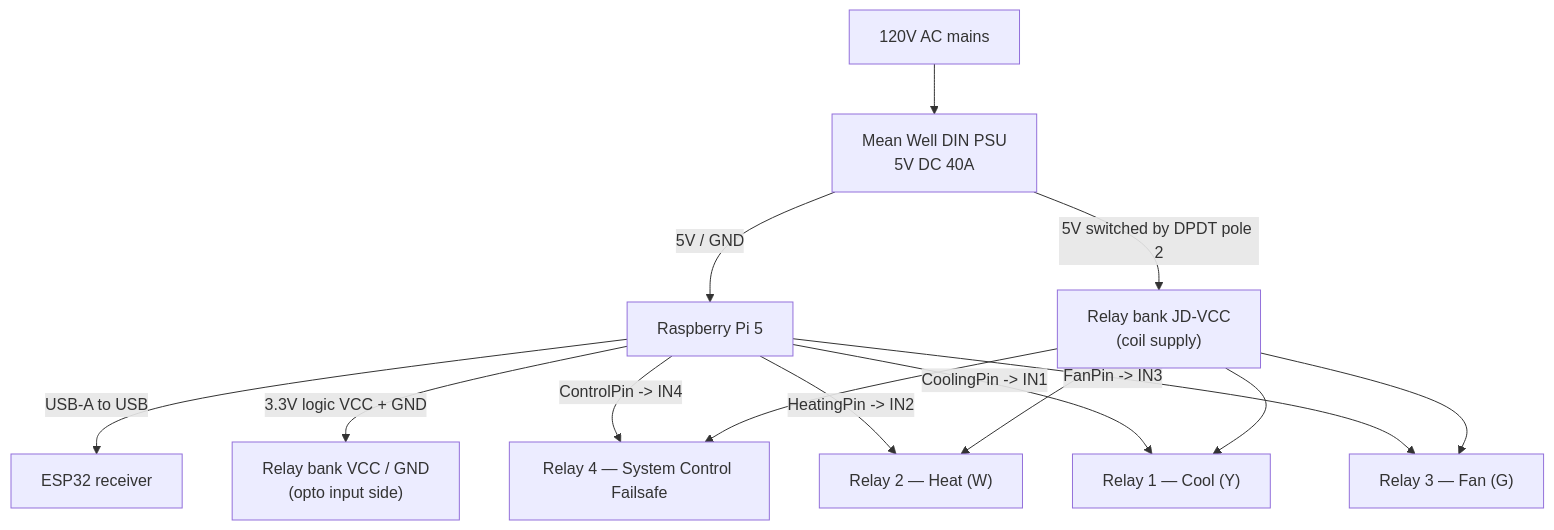
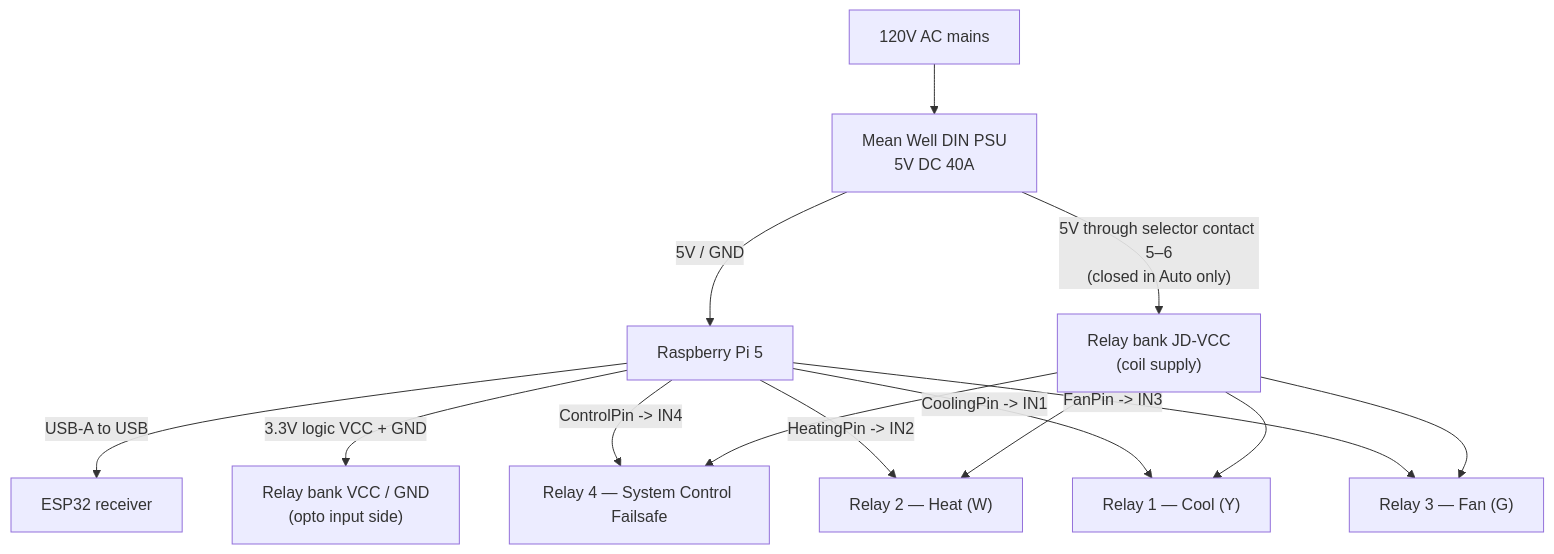
One commit to michaelfdeberry/Kelvin changed the second of 6 diagrams in docs/Kelvin Project Diagram.md. Above: the diagram before and after it, drawn with Mermaid. The commit also changed other lines of this file, not shown here.

````diff
--- a/docs/Kelvin Project Diagram.md
+++ b/docs/Kelvin Project Diagram.md
@@ -58,20 +58,20 @@
 ```mermaid
 flowchart TD
     MAINS["120V AC mains"] --> PSU["Mean Well DIN PSU<br/>5V DC 40A"]
 
     PSU -- "5V / GND" --> PI["Raspberry Pi 5"]
-    PSU -- "5V switched by DPDT pole 2" --> JDVCC["Relay bank JD-VCC<br/>(coil supply)"]
+    PSU -- "5V through selector contact 5–6<br/>(closed in Auto only)" --> JDVCC["Relay bank JD-VCC<br/>(coil supply)"]
 
     PI -- "USB-A to USB" --> ESP["ESP32 receiver"]
     PI -- "3.3V logic VCC + GND" --> RLOGIC["Relay bank VCC / GND<br/>(opto input side)"]
 
     PI -- "ControlPin -> IN4" --> R4["Relay 4 — System Control Failsafe"]
     PI -- "HeatingPin -> IN2" --> R2["Relay 2 — Heat (W)"]
     PI -- "CoolingPin -> IN1" --> R1["Relay 1 — Cool (Y)"]
     PI -- "FanPin -> IN3" --> R3["Relay 3 — Fan (G)"]
 
     JDVCC --> R1
     JDVCC --> R2
     JDVCC --> R3
     JDVCC --> R4
 ```
````
